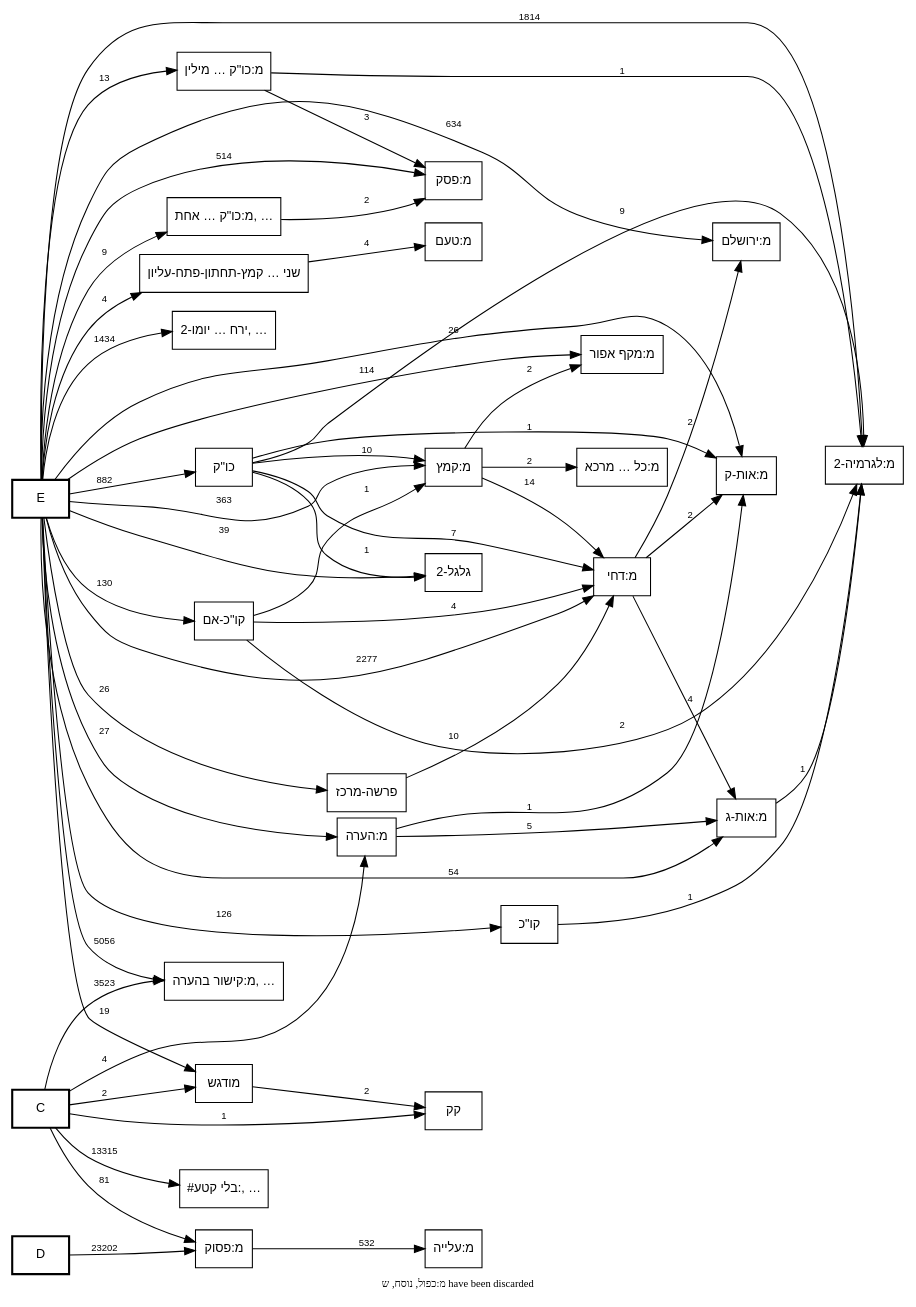
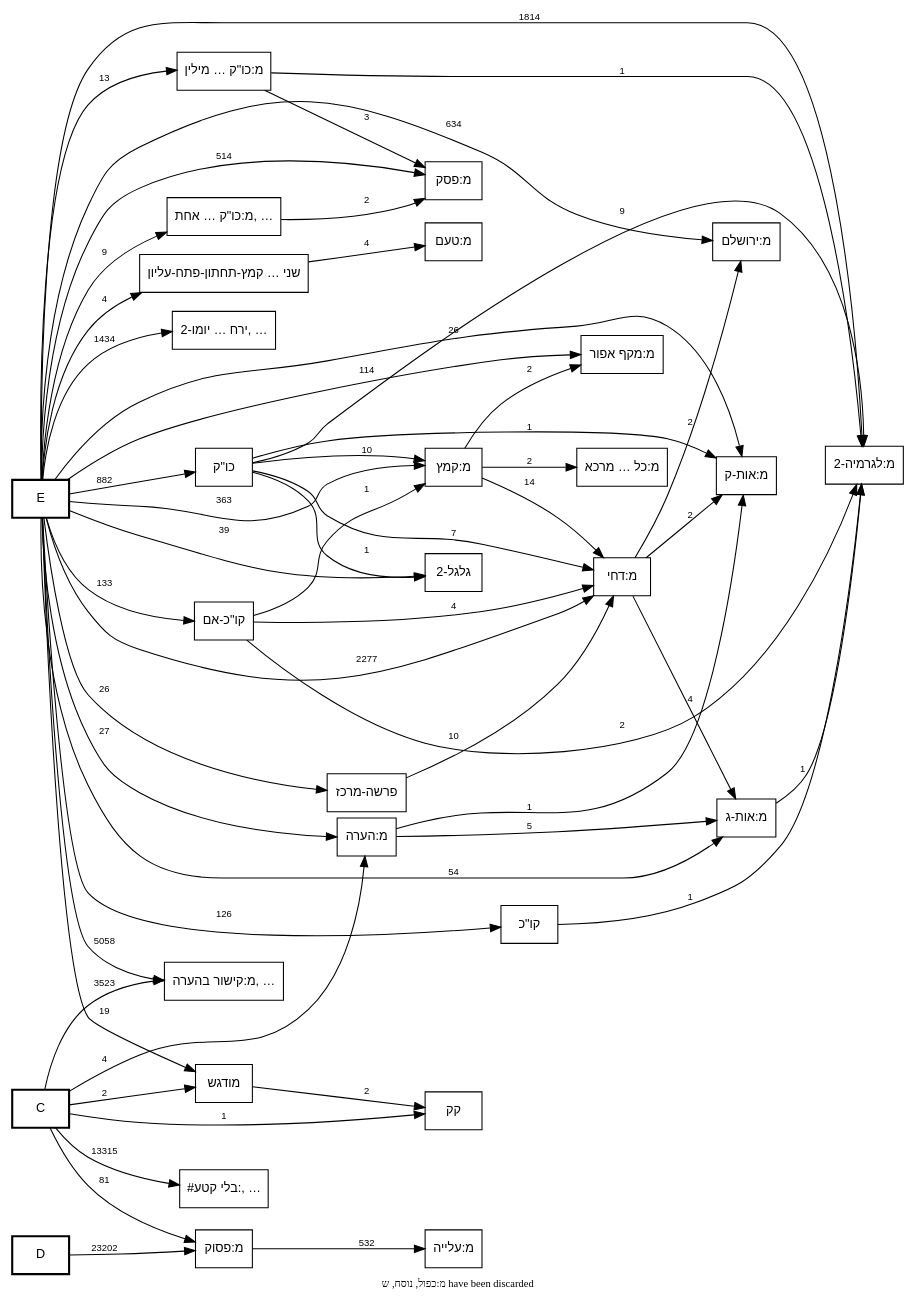
The diagram in out/MAM-tmpl-survey/plain-call-graph.dot (bdenckla/MAM-basics), drawn with Graphviz before and after one commit. The commit also changed 22 other files, not shown here.

```diff
--- a/out/MAM-tmpl-survey/plain-call-graph.dot
+++ b/out/MAM-tmpl-survey/plain-call-graph.dot
@@ -1,165 +1,165 @@
 digraph template_call_graph {
     rankdir=LR;
     node [fontname="SBL Hebrew,Helvetica", fontsize=12];
     edge [fontname="Helvetica", fontsize=9];
 
     // Column nodes
     node [shape=box, style=bold];
     "C";
     "D";
     "E";
 
     // Template nodes
     node [shape=box, style=""];
     "#בלי קטע:" [label="#בלי קטע:, …", tooltip="#בלי קטע:
 #בלי קטע:דברי הימים א טז/טעמים
 #בלי קטע:דברים לב/טעמים
 #בלי קטע:יהושע יב/טעמים
 #בלי קטע:מלכי כנען/צורת השיר
 #בלי קטע:עשרת בני המן/צורת השיר
 #בלי קטע:שופטים ה/טעמים
 #בלי קטע:שירת אסף/צורת השיר
 #בלי קטע:שירת דבורה/צורת השיר
 #בלי קטע:שירת דוד/צורת השיר
 #בלי קטע:שירת האזינו/צורת השיר
 #בלי קטע:שירת הים/צורת השיר
 #בלי קטע:שירת העתים/צורת השיר
 #בלי קטע:שמואל ב כב/טעמים
 #בלי קטע:שמות טו/טעמים
 #קטע:אסתר ט/טעמים
 #קטע:דברי הימים א טז/טעמים
 #קטע:דברים לב/טעמים
 #קטע:יהושע יב/טעמים
 #קטע:מלכי כנען/צורות נוספות
 #קטע:מלכי כנען/צורת השיר
 #קטע:עשרת בני המן/צורות נוספות
 #קטע:עשרת בני המן/צורת השיר
 #קטע:עשרת הדברות בסיס/טעמים
 #קטע:עשרת הדברות/טעמים
 #קטע:קהלת ג/טעמים
 #קטע:שירת אסף/צורות נוספות
 #קטע:שירת אסף/צורת השיר
 #קטע:שירת דבורה/צורות נוספות
 #קטע:שירת דבורה/צורת השיר
 #קטע:שירת דוד/צורות נוספות
 #קטע:שירת דוד/צורת השיר
 #קטע:שירת האזינו/צורות נוספות
 #קטע:שירת האזינו/צורת השיר
 #קטע:שירת הים/צורות נוספות
 #קטע:שירת הים/צורת השיר
 #קטע:שירת העתים/צורות נוספות
 #קטע:שירת העתים/צורת השיר
 #קטע:שמות טו/טעמים
 בסיס-משתמש
 טעמי המקרא באינטרנט
 מ:אין פרשה בתחילת פרק
 מ:אין פרשה בתחילת פרק בספרי אמ\"ת
 מ:אין רווח של פרשה בתחילת פרשת השבוע
 מ:טעמי המקרא
 מ:טעמי המקרא-סוף
 מ:יישור-בשני-הצדדים
 מ:יישור-בשני-הצדדים-סוף
 מ:סיום בטוב
 מ:ספר חדש
 מ:רווח בתרי עשר
 מ:רווח בתרי עשר בפסוק הראשון
 מ:רווח לספר בתהלים
 מ:רווח לספר בתהלים בפסוק הראשון
 מ:שוליים
 מ:שוליים-סוף
 ניווט טעמים
 עוגן בשורה
 צורות כתיבה בספרי אמ\"ת
 ר4"];
     "ירח בן יומו-2" [label="ירח … יומו-2, …", tooltip="ירח בן יומו-2
 כתיב ולא קרי
 מ:אות מנוקדת
 מ:אות תלויה
 מ:גרש ותלישא גדולה
 מ:גרשיים ותלישא גדולה
 מ:טעם ומתג באות אחת
 מ:ירושלמה
 מ:כו\"ק בין שני מקפים
 מ:כו\"ק כתיב מילה חדה וקרי תרתין מילין בין שני מקפים
 מ:כו\"ק כתיב תרתין מילין וקרי מילה חדה
 מ:כו\"ק קרי שונה מהכתיב בשתי מילים
 מ:כו\"ק של שלוש מילים בהערה אחת
 מ:נו\"ן הפוכה
 מ:צינור
 מ:קו\"כ קרי שונה מהכתיב בשתי מילים
 מ:קישור פנימי בהערה
 קרי ולא כתיב
 ר0
 ר2
 ר3
 רווח בסוף שורה"];
     "מ:כו\"ק כתיב מילה חדה וקרי תרתין מילין" [label="מ:כו\"ק … מילין", tooltip="מ:כו\"ק כתיב מילה חדה וקרי תרתין מילין"];
     "מ:כו\"ק של שתי מילים בהערה אחת" [label="מ:כו\"ק … אחת, …", tooltip="מ:כו\"ק של שתי מילים בהערה אחת
 מ:קו\"כ כתיב מילה חדה וקרי תרתין מילין"];
     "מ:כל קמץ קטן מרכא" [label="מ:כל … מרכא", tooltip="מ:כל קמץ קטן מרכא"];
     "מ:קישור בהערה" [label="מ:קישור בהערה, …", tooltip="מ:קישור בהערה
 מ:ששש
 סס
 ססס
 פפ
 פפפ
 ר1"];
     "שני טעמים באות אחת קמץ-תחתון-פתח-עליון" [label="שני … קמץ-תחתון-פתח-עליון", tooltip="שני טעמים באות אחת קמץ-תחתון-פתח-עליון"];
 
     // Note
     graph [label="מ:כפול, נוסח, ש have been discarded", labelloc=b, fontsize=10];
 
     // Edges
     "C" -> "#בלי קטע:" [label="13315"];
     "C" -> "מ:הערה" [label="4"];
     "C" -> "מ:פסוק" [label="81"];
     "C" -> "מ:קישור בהערה" [label="3523"];
     "C" -> "מודגש" [label="2"];
     "C" -> "קק" [label="1"];
     "D" -> "מ:פסוק" [label="23202"];
     "E" -> "גלגל-2" [label="39"];
     "E" -> "ירח בן יומו-2" [label="1434"];
     "E" -> "כו\"ק" [label="882"];
     "E" -> "מ:אות-ג" [label="54"];
     "E" -> "מ:אות-ק" [label="26"];
     "E" -> "מ:דחי" [label="2277"];
     "E" -> "מ:הערה" [label="27"];
     "E" -> "מ:ירושלם" [label="634"];
     "E" -> "מ:כו\"ק כתיב מילה חדה וקרי תרתין מילין" [label="13"];
     "E" -> "מ:כו\"ק של שתי מילים בהערה אחת" [label="9"];
     "E" -> "מ:לגרמיה-2" [label="1814"];
     "E" -> "מ:מקף אפור" [label="114"];
     "E" -> "מ:פסק" [label="514"];
-    "E" -> "מ:קישור בהערה" [label="5056"];
+    "E" -> "מ:קישור בהערה" [label="5058"];
     "E" -> "מ:קמץ" [label="363"];
     "E" -> "מודגש" [label="19"];
     "E" -> "פרשה-מרכז" [label="26"];
     "E" -> "קו\"כ" [label="126"];
-    "E" -> "קו\"כ-אם" [label="130"];
+    "E" -> "קו\"כ-אם" [label="133"];
     "E" -> "שני טעמים באות אחת קמץ-תחתון-פתח-עליון" [label="4"];
     "כו\"ק" -> "גלגל-2" [label="1"];
     "כו\"ק" -> "מ:אות-ק" [label="1"];
     "כו\"ק" -> "מ:דחי" [label="7"];
     "כו\"ק" -> "מ:לגרמיה-2" [label="9"];
     "כו\"ק" -> "מ:קמץ" [label="10"];
     "מ:אות-ג" -> "מ:לגרמיה-2" [label="1"];
     "מ:דחי" -> "מ:אות-ג" [label="4"];
     "מ:דחי" -> "מ:אות-ק" [label="2"];
     "מ:דחי" -> "מ:ירושלם" [label="2"];
     "מ:הערה" -> "מ:אות-ג" [label="5"];
     "מ:הערה" -> "מ:אות-ק" [label="1"];
     "מ:כו\"ק כתיב מילה חדה וקרי תרתין מילין" -> "מ:לגרמיה-2" [label="1"];
     "מ:כו\"ק כתיב מילה חדה וקרי תרתין מילין" -> "מ:פסק" [label="3"];
     "מ:כו\"ק של שתי מילים בהערה אחת" -> "מ:פסק" [label="2"];
     "מ:פסוק" -> "מ:עלייה" [label="532"];
     "מ:קמץ" -> "מ:דחי" [label="14"];
     "מ:קמץ" -> "מ:כל קמץ קטן מרכא" [label="2"];
     "מ:קמץ" -> "מ:מקף אפור" [label="2"];
     "מודגש" -> "קק" [label="2"];
     "פרשה-מרכז" -> "מ:דחי" [label="10"];
     "קו\"כ" -> "מ:לגרמיה-2" [label="1"];
     "קו\"כ-אם" -> "מ:דחי" [label="4"];
     "קו\"כ-אם" -> "מ:לגרמיה-2" [label="2"];
     "קו\"כ-אם" -> "מ:קמץ" [label="1"];
     "שני טעמים באות אחת קמץ-תחתון-פתח-עליון" -> "מ:טעם" [label="4"];
 }
```
